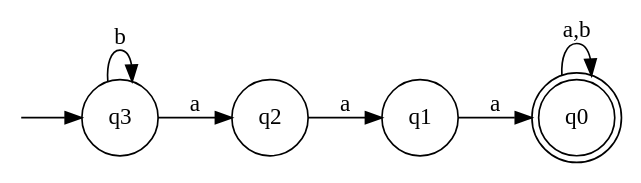
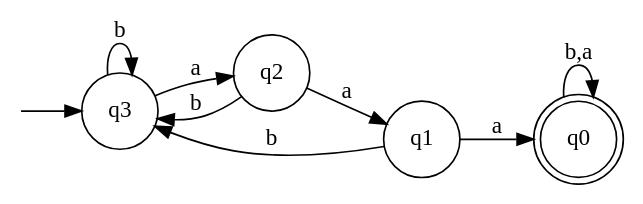
One commit to DamiFur/TP1-TELEN changed the diagram in test8.dot. Above: the diagram before and after it, drawn with Graphviz. The commit also changed 20 other files, not shown here.

```diff
--- a/test8.dot
+++ b/test8.dot
@@ -1,13 +1,15 @@
 strict digraph{
 rankdir=LR;
 node[shape=none,label="",width=0,height=0];qd;
 node[label="\N",width=0.0,height=0.5];
 node[shape=doublecircle];q0;
 node[shape=circle];
 qd->q3
+q3->q3[label="b"]
 q3->q2[label="a"]
+q2->q3[label="b"]
 q2->q1[label="a"]
+q1->q3[label="b"]
 q1->q0[label="a"]
-q0->q0[label="a,b"]
-q3->q3[label="b"]
+q0->q0[label="b,a"]
 }
```
